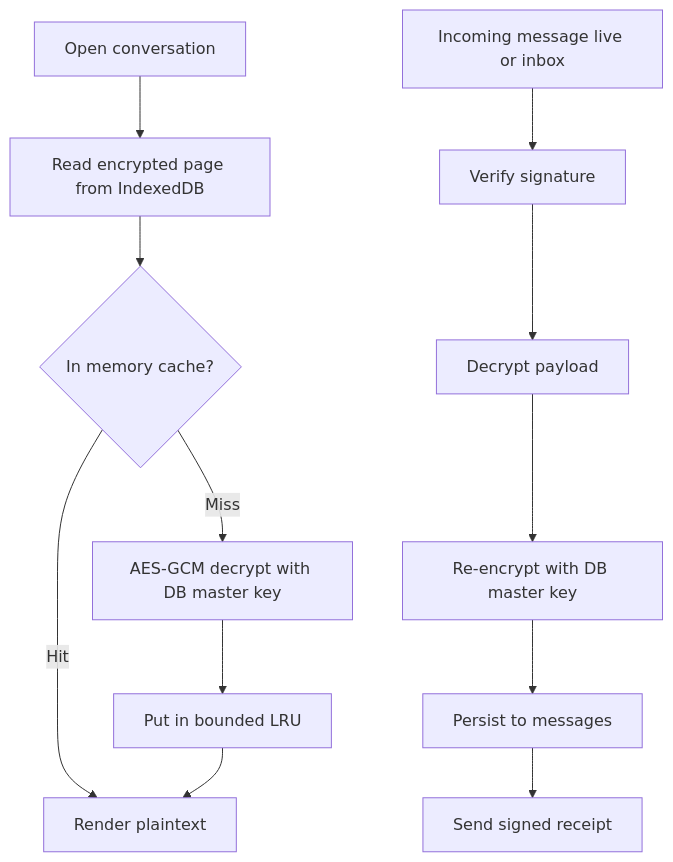
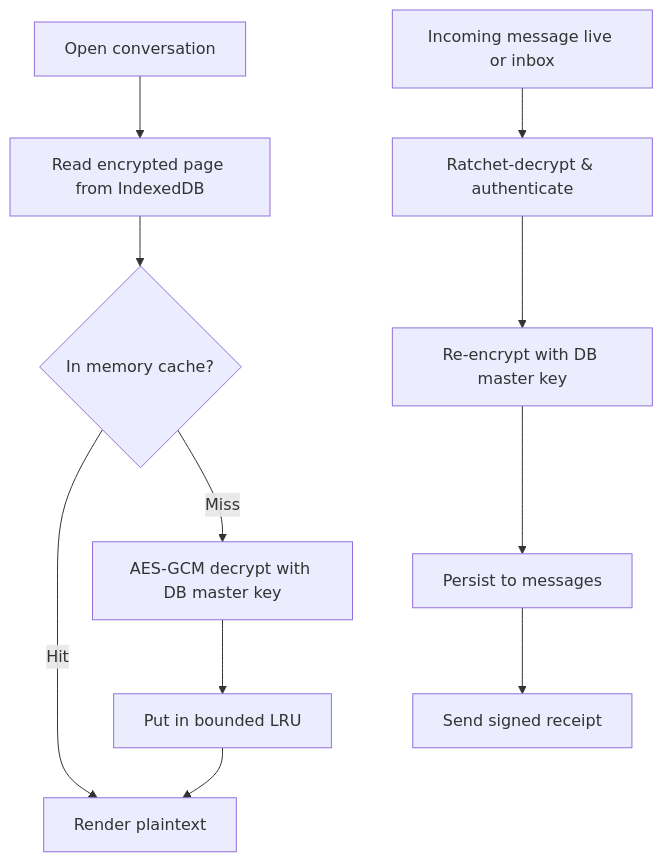
One commit to olshanskyev/fourletters-meta changed the fourth of 4 diagrams in doc/MESSAGE_SECURITY.md. Above: the diagram before and after it, drawn with Mermaid. The commit also changed other lines of this file and 8 other files, not shown here.

````diff
--- a/doc/MESSAGE_SECURITY.md
+++ b/doc/MESSAGE_SECURITY.md
@@ -200,10 +211,10 @@
 ```mermaid
 flowchart TD
     Open[Open conversation] --> Page[Read encrypted page from IndexedDB]
     Page --> Cache{In memory cache?}
     Cache -- Hit --> Render[Render plaintext]
     Cache -- Miss --> Dec[AES-GCM decrypt with DB master key] --> Put[Put in bounded LRU] --> Render
 
-    In[Incoming message live or inbox] --> Ver[Verify signature] --> DecIn[Decrypt payload]
+    In[Incoming message live or inbox] --> DecIn[Ratchet-decrypt &amp; authenticate]
     DecIn --> Reenc[Re-encrypt with DB master key] --> Save[Persist to messages] --> Ack[Send signed receipt]
 ```
````
